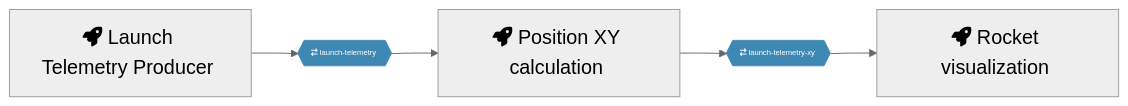
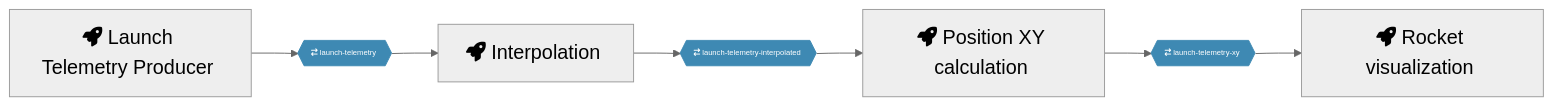
One commit to PatrickMiraP/space-x-launch-visualizer changed the diagram in pipeline.md. Above: the diagram before and after it, drawn with Mermaid (neutral theme). The commit also changed 6 other files, not shown here.

````diff
--- a/pipeline.md
+++ b/pipeline.md
@@ -1,15 +1,17 @@
 ```mermaid
 %%{ init: { 'flowchart': { 'curve': 'monotoneX' } } }%%
 graph LR;
 Launch_Telemetry_Producer[fa:fa-rocket Launch Telemetry Producer &#8205] --> launch-telemetry{{ fa:fa-arrow-right-arrow-left launch-telemetry &#8205}}:::topic;
-launch-telemetry{{ fa:fa-arrow-right-arrow-left launch-telemetry &#8205}}:::topic --> Position_XY_calculation[fa:fa-rocket Position XY calculation &#8205];
+launch-telemetry-interpolated{{ fa:fa-arrow-right-arrow-left launch-telemetry-interpolated &#8205}}:::topic --> Position_XY_calculation[fa:fa-rocket Position XY calculation &#8205];
 Position_XY_calculation[fa:fa-rocket Position XY calculation &#8205] --> launch-telemetry-xy{{ fa:fa-arrow-right-arrow-left launch-telemetry-xy &#8205}}:::topic;
 launch-telemetry-xy{{ fa:fa-arrow-right-arrow-left launch-telemetry-xy &#8205}}:::topic --> Rocket_visualization[fa:fa-rocket Rocket visualization &#8205];
+launch-telemetry{{ fa:fa-arrow-right-arrow-left launch-telemetry &#8205}}:::topic --> Interpolation[fa:fa-rocket Interpolation &#8205];
+Interpolation[fa:fa-rocket Interpolation &#8205] --> launch-telemetry-interpolated{{ fa:fa-arrow-right-arrow-left launch-telemetry-interpolated &#8205}}:::topic;
 
 
 classDef default font-size:110%;
 classDef topic font-size:80%;
 classDef topic fill:#3E89B3;
 classDef topic stroke:#3E89B3;
 classDef topic color:white;
 ```
````
